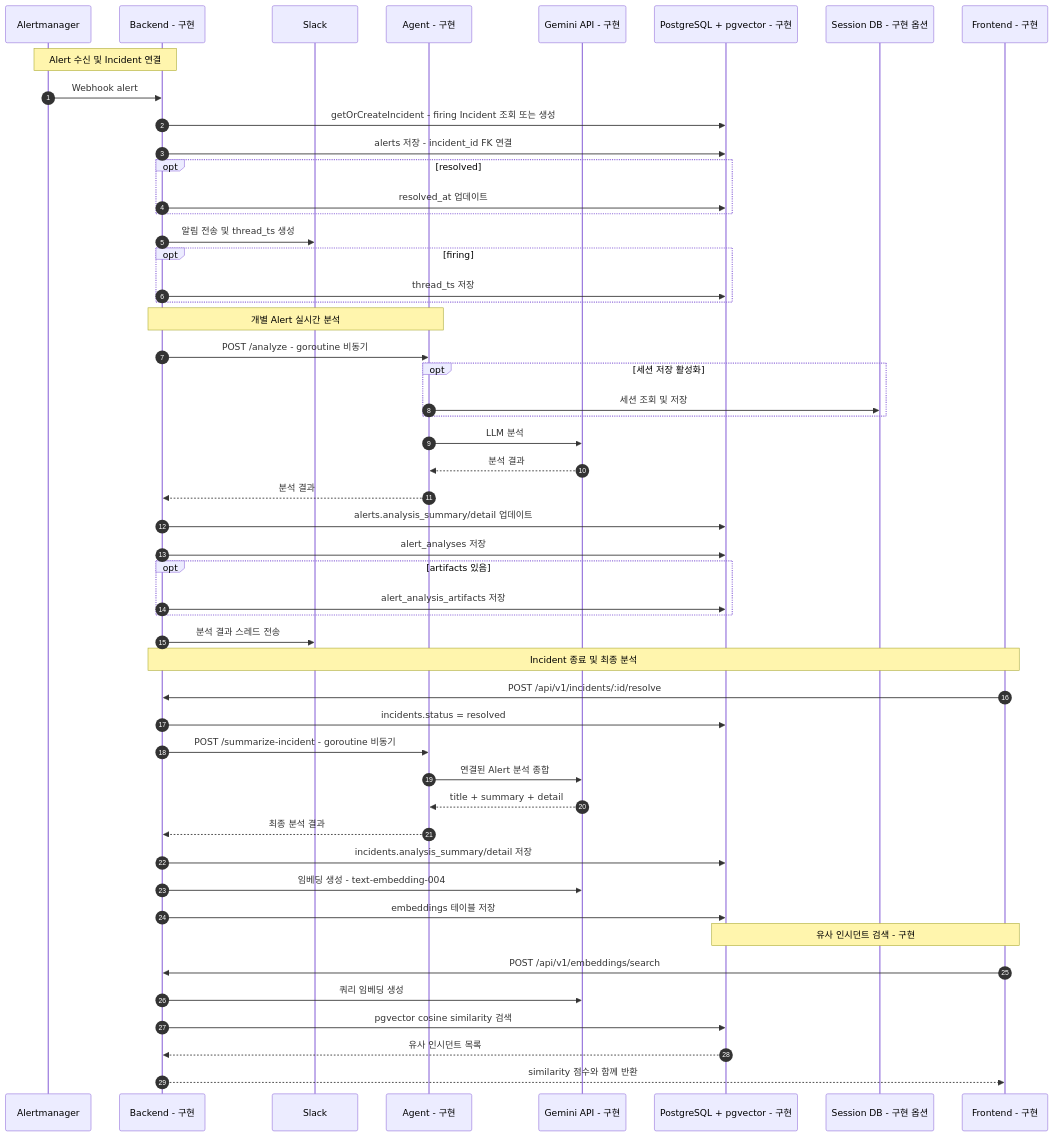
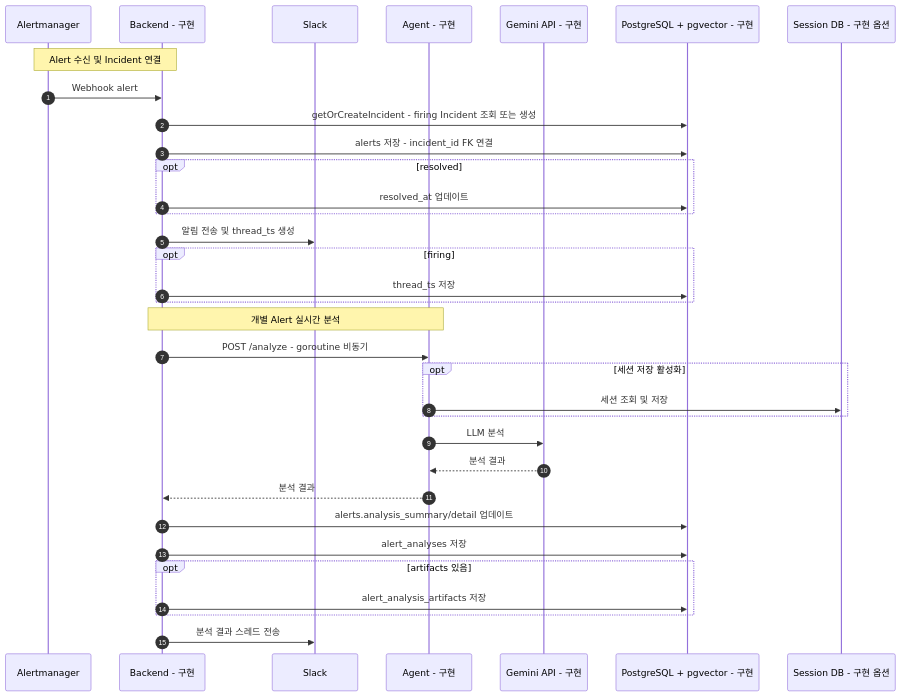
The diagram in docs/diagrams/alert_analysis_sequence_diagram.md (kube-rca/kuberca), drawn with Mermaid before and after one commit. The commit also changed 2 other files, not shown here.

Commit message:
docs(diagrams): split alert and incident sequences
Refs: https://kube-rca.atlassian.net/browse/KAN-124

Refs: https://kube-rca.atlassian.net/browse/KAN-111

````diff
--- a/docs/diagrams/alert_analysis_sequence_diagram.md
+++ b/docs/diagrams/alert_analysis_sequence_diagram.md
@@ -1,57 +1,38 @@
 ```mermaid
 sequenceDiagram
   autonumber
   participant AM as Alertmanager
   participant BE as Backend - 구현
   participant SL as Slack
   participant AG as Agent - 구현
   participant LLM as Gemini API - 구현
   participant DB as PostgreSQL + pgvector - 구현
   participant SDB as Session DB - 구현 옵션
-  participant FE as Frontend - 구현
 
   Note over AM,BE: Alert 수신 및 Incident 연결
   AM->>BE: Webhook alert
   BE->>DB: getOrCreateIncident - firing Incident 조회 또는 생성
   BE->>DB: alerts 저장 - incident_id FK 연결
   opt resolved
     BE->>DB: resolved_at 업데이트
   end
   BE->>SL: 알림 전송 및 thread_ts 생성
   opt firing
     BE->>DB: thread_ts 저장
   end
 
   Note over BE,AG: 개별 Alert 실시간 분석
   BE->>AG: POST /analyze - goroutine 비동기
   opt 세션 저장 활성화
     AG->>SDB: 세션 조회 및 저장
   end
   AG->>LLM: LLM 분석
   LLM-->>AG: 분석 결과
   AG-->>BE: 분석 결과
   BE->>DB: alerts.analysis_summary/detail 업데이트
   BE->>DB: alert_analyses 저장
   opt artifacts 있음
     BE->>DB: alert_analysis_artifacts 저장
   end
   BE->>SL: 분석 결과 스레드 전송
-
-  Note over FE,BE: Incident 종료 및 최종 분석
-  FE->>BE: POST /api/v1/incidents/:id/resolve
-  BE->>DB: incidents.status = resolved
-  BE->>AG: POST /summarize-incident - goroutine 비동기
-  AG->>LLM: 연결된 Alert 분석 종합
-  LLM-->>AG: title + summary + detail
-  AG-->>BE: 최종 분석 결과
-  BE->>DB: incidents.analysis_summary/detail 저장
-  BE->>LLM: 임베딩 생성 - text-embedding-004
-  BE->>DB: embeddings 테이블 저장
-
-  Note over FE,DB: 유사 인시던트 검색 - 구현
-  FE->>BE: POST /api/v1/embeddings/search
-  BE->>LLM: 쿼리 임베딩 생성
-  BE->>DB: pgvector cosine similarity 검색
-  DB-->>BE: 유사 인시던트 목록
-  BE-->>FE: similarity 점수와 함께 반환
 ```
````
